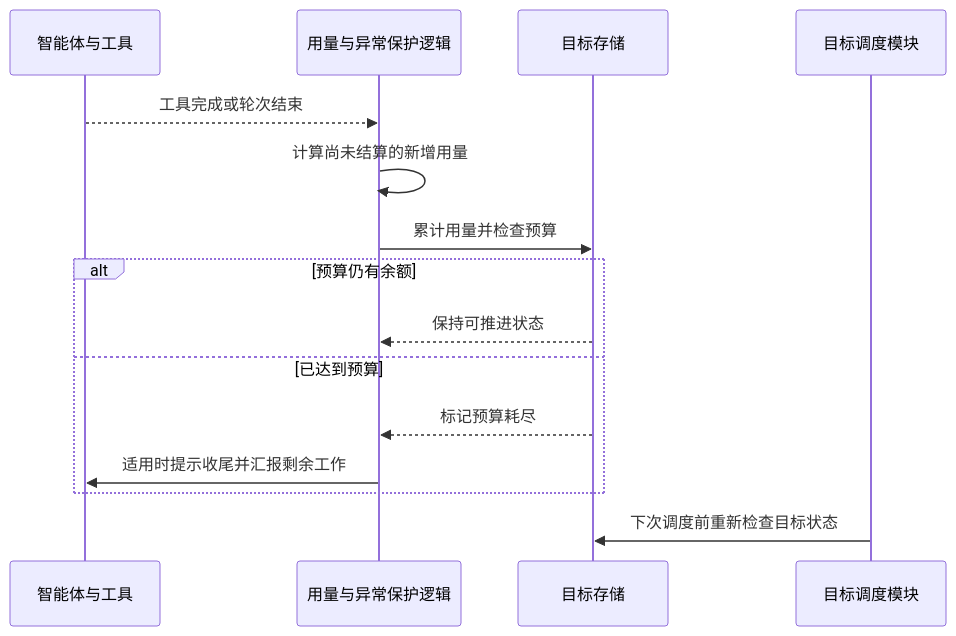
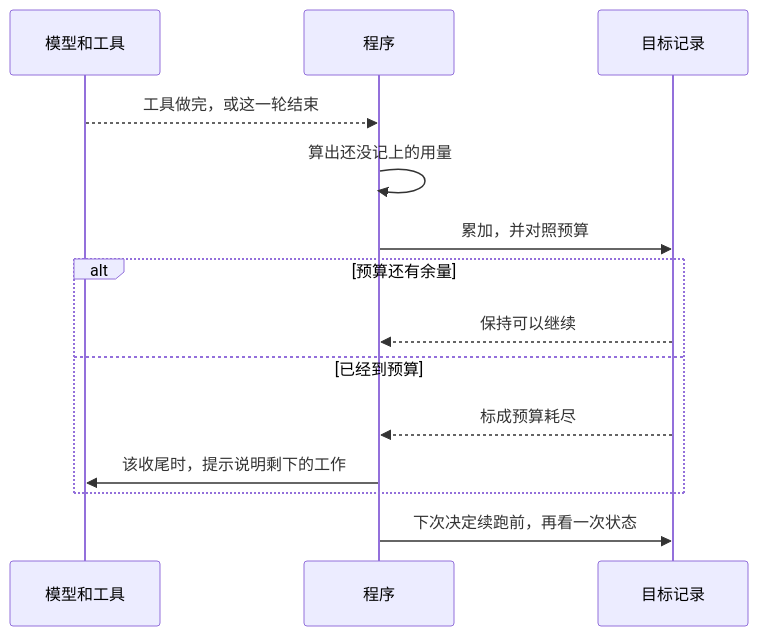
One commit to gqcn/johns-blog changed the fifth of 5 diagrams in docs/docs/1000-AI技术/200-应用开发/100-智能体/7000-AI Coding中的goal指令：从持续执行到目标闭环.md. Above: the diagram before and after it, drawn with Mermaid. The commit also changed other lines of this file and 14 other files, not shown here.

````diff
--- a/docs/docs/1000-AI技术/200-应用开发/100-智能体/7000-AI Coding中的goal指令：从持续执行到目标闭环.md
+++ b/docs/docs/1000-AI技术/200-应用开发/100-智能体/7000-AI Coding中的goal指令：从持续执行到目标闭环.md
@@ -388,17 +365,16 @@
 ```mermaid
 sequenceDiagram
-    participant A as 智能体与工具
-    participant C as 用量与异常保护逻辑
-    participant S as 目标存储
-    participant D as 目标调度模块
-    A-->>C: 工具完成或轮次结束
-    C->>C: 计算尚未结算的新增用量
-    C->>S: 累计用量并检查预算
-    alt 预算仍有余额
-        S-->>C: 保持可推进状态
-    else 已达到预算
-        S-->>C: 标记预算耗尽
-        C->>A: 适用时提示收尾并汇报剩余工作
+    participant A as 模型和工具
+    participant C as 程序
+    participant S as 目标记录
+    A-->>C: 工具做完，或这一轮结束
+    C->>C: 算出还没记上的用量
+    C->>S: 累加，并对照预算
+    alt 预算还有余量
+        S-->>C: 保持可以继续
+    else 已经到预算
+        S-->>C: 标成预算耗尽
+        C->>A: 该收尾时，提示说明剩下的工作
     end
-    D->>S: 下次调度前重新检查目标状态
+    C->>S: 下次决定续跑前，再看一次状态
 ```
````
